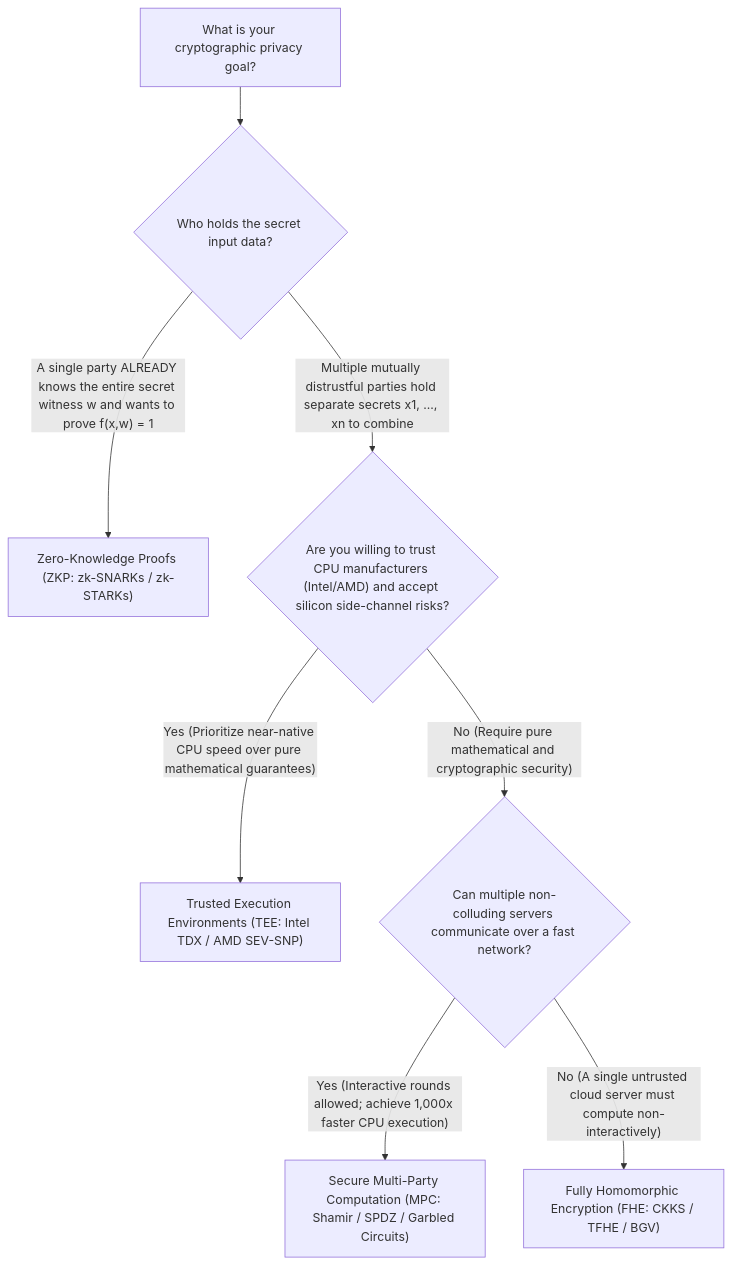
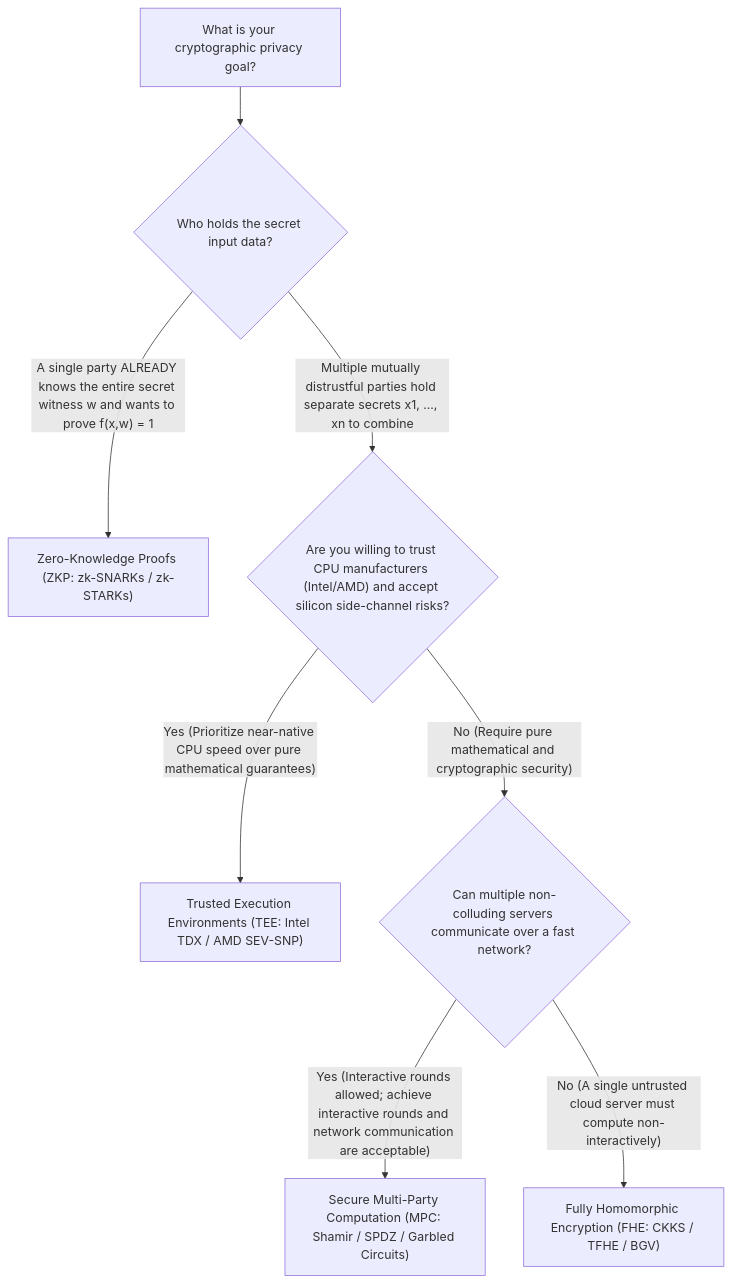
Before and after one commit to kenjinote/blog: the third of 3 diagrams in content/post/secure-multi-party-computation-mpc-yaos-millionaires-shamir-secret-sharing-garbled-circuits/index.en.md, drawn with Mermaid. The commit also changed other lines of this file and 20 other files, not shown here.

````diff
--- a/content/post/secure-multi-party-computation-mpc-yaos-millionaires-shamir-secret-sharing-garbled-circuits/index.en.md
+++ b/content/post/secure-multi-party-computation-mpc-yaos-millionaires-shamir-secret-sharing-garbled-circuits/index.en.md
@@ -549,10 +559,10 @@
 ```mermaid
 flowchart TD
     Start["What is your cryptographic privacy goal?"] --> Q1{"Who holds the secret input data?"}
     Q1 -->|"A single party ALREADY knows the entire secret witness w and wants to prove f(x,w) = 1"| ZKP["Zero-Knowledge Proofs (ZKP: zk-SNARKs / zk-STARKs)"]
     Q1 -->|"Multiple mutually distrustful parties hold separate secrets x1, ..., xn to combine"| Q2{"Are you willing to trust CPU manufacturers (Intel/AMD) and accept silicon side-channel risks?"}
     Q2 -->|"Yes (Prioritize near-native CPU speed over pure mathematical guarantees)"| TEE["Trusted Execution Environments (TEE: Intel TDX / AMD SEV-SNP)"]
     Q2 -->|"No (Require pure mathematical and cryptographic security)"| Q3{"Can multiple non-colluding servers communicate over a fast network?"}
-    Q3 -->|"Yes (Interactive rounds allowed; achieve 1,000x faster CPU execution)"| MPC["Secure Multi-Party Computation (MPC: Shamir / SPDZ / Garbled Circuits)"]
+    Q3 -->|"Yes (Interactive rounds allowed; achieve interactive rounds and network communication are acceptable)"| MPC["Secure Multi-Party Computation (MPC: Shamir / SPDZ / Garbled Circuits)"]
     Q3 -->|"No (A single untrusted cloud server must compute non-interactively)"| FHE["Fully Homomorphic Encryption (FHE: CKKS / TFHE / BGV)"]
 ```
````
